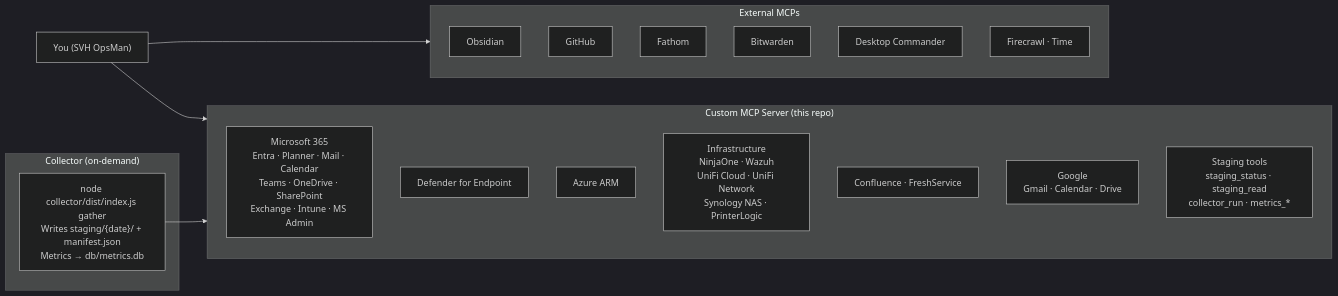
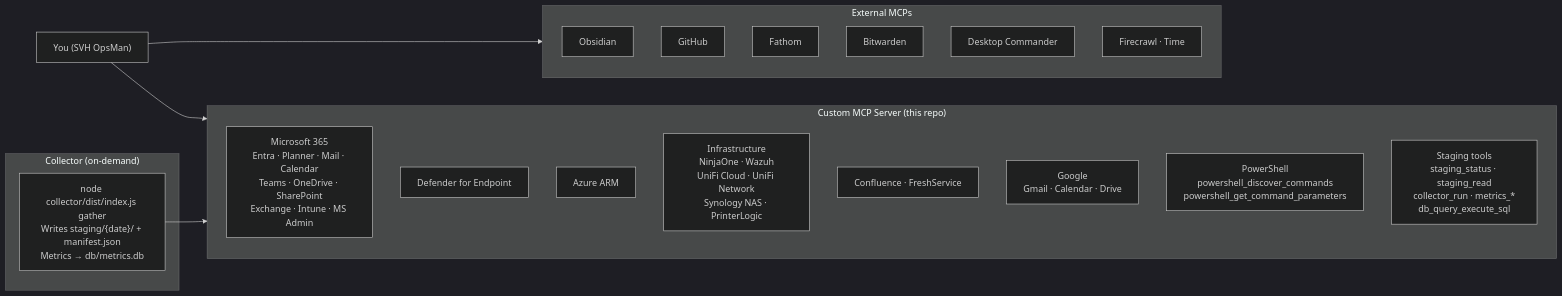
One commit to aarvens1/SVH-OpsMan changed the diagram in docs/architecture.md. Above: the diagram before and after it, drawn with Mermaid (dark theme). The commit also changed 13 other files, not shown here.

````diff
--- a/docs/architecture.md
+++ b/docs/architecture.md
@@ -7,43 +7,47 @@
 ```mermaid
 graph LR
     You["You (SVH OpsMan)"]
 
     subgraph Custom["Custom MCP Server (this repo)"]
         direction TB
         MS["Microsoft 365
 Entra · Planner · Mail · Calendar
 Teams · OneDrive · SharePoint
 Exchange · Intune · MS Admin"]
         MDE["Defender for Endpoint"]
         AZ["Azure ARM"]
         INFRA["Infrastructure
 NinjaOne · Wazuh
 UniFi Cloud · UniFi Network
 Synology NAS · PrinterLogic"]
         CONF["Confluence · FreshService"]
         GOOG["Google
 Gmail · Calendar · Drive"]
+        PS["PowerShell
+powershell_discover_commands
+powershell_get_command_parameters"]
         STAGING["Staging tools
 staging_status · staging_read
-collector_run · metrics_*"]
+collector_run · metrics_*
+db_query_execute_sql"]
     end
 
     subgraph External["External MCPs"]
         OBS["Obsidian"]
         GH["GitHub"]
         FATHOM["Fathom"]
         BW["Bitwarden"]
         DC["Desktop Commander"]
         OTHER["Firecrawl · Time"]
     end
 
     subgraph Collector["Collector (on-demand)"]
         COL["node collector/dist/index.js gather
 Writes staging/{date}/ + manifest.json
 Metrics → db/metrics.db"]
     end
 
     You --> Custom
     You --> External
     COL --> STAGING
 ```
````
